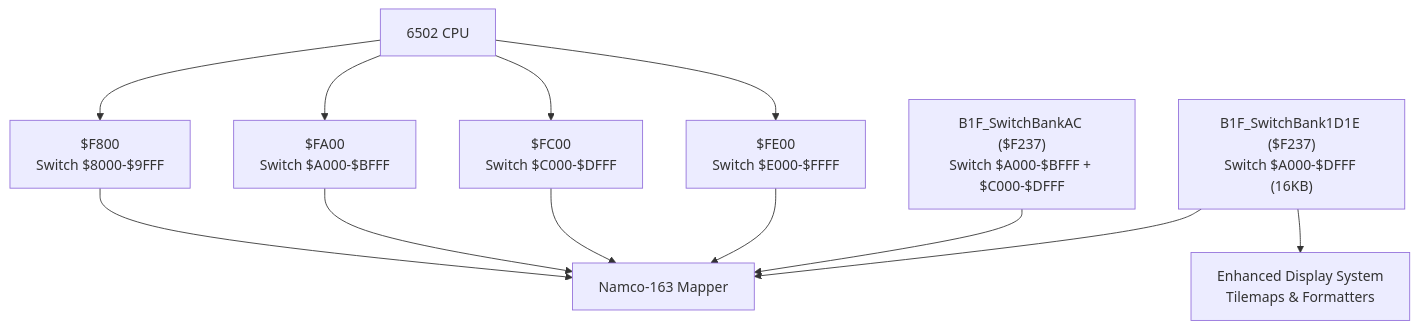
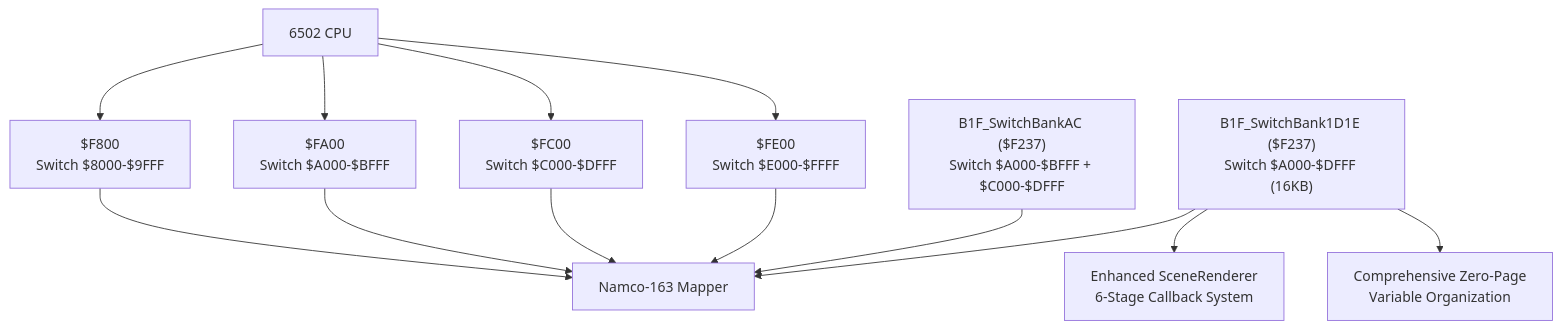
One commit to rabbyzero/sango2dasm changed the second of 3 diagrams in .qoder/repowiki/en/content/Assembly Architecture/Bank Organization and Memory Layout.md. Above: the diagram before and after it, drawn with Mermaid. The commit also changed other lines of this file and 23 other files, not shown here.

````diff
--- a/.qoder/repowiki/en/content/Assembly Architecture/Bank Organization and Memory Layout.md
+++ b/.qoder/repowiki/en/content/Assembly Architecture/Bank Organization and Memory Layout.md
@@ -121,23 +120,25 @@
 ```mermaid
 graph TB
 CPU["6502 CPU"]
 MAPPER["Namco-163 Mapper"]
 REG8000["$F800<br/>Switch $8000-$9FFF"]
 REGA000["$FA00<br/>Switch $A000-$BFFF"]
 REGC000["$FC00<br/>Switch $C000-$DFFF"]
 REGE000["$FE00<br/>Switch $E000-$FFFF"]
 SWITCHAC["B1F_SwitchBankAC ($F237)<br/>Switch $A000-$BFFF + $C000-$DFFF"]
 SWITCH1D1E["B1F_SwitchBank1D1E ($F237)<br/>Switch $A000-$DFFF (16KB)"]
-DISP["Enhanced Display System<br/>Tilemaps & Formatters"]
+SCENERENDER["Enhanced SceneRenderer<br/>6-Stage Callback System"]
+ZEROPAGE["Comprehensive Zero-Page<br/>Variable Organization"]
 CPU --> REG8000
 CPU --> REGA000
 CPU --> REGC000
 CPU --> REGE000
 REG8000 --> MAPPER
 REGA000 --> MAPPER
 REGC000 --> MAPPER
 REGE000 --> MAPPER
 SWITCHAC --> MAPPER
 SWITCH1D1E --> MAPPER
-SWITCH1D1E --> DISP
+SWITCH1D1E --> SCENERENDER
+SWITCH1D1E --> ZEROPAGE
 ```
````
